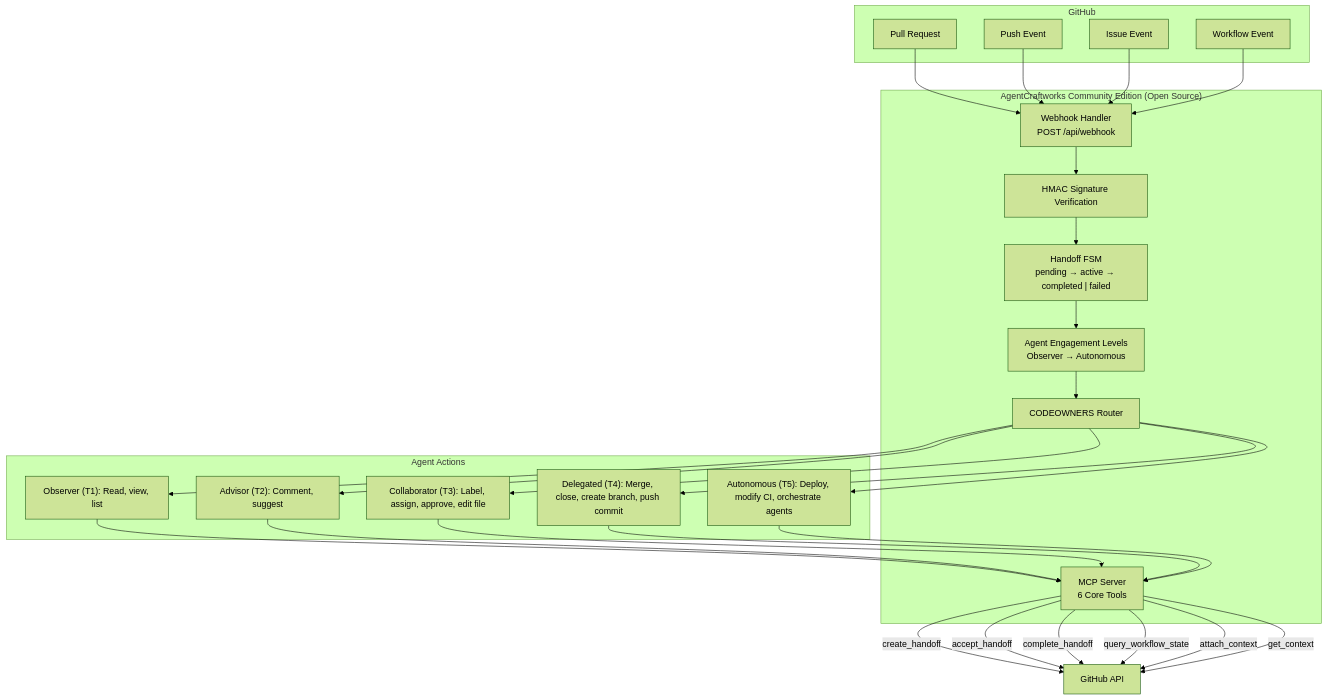
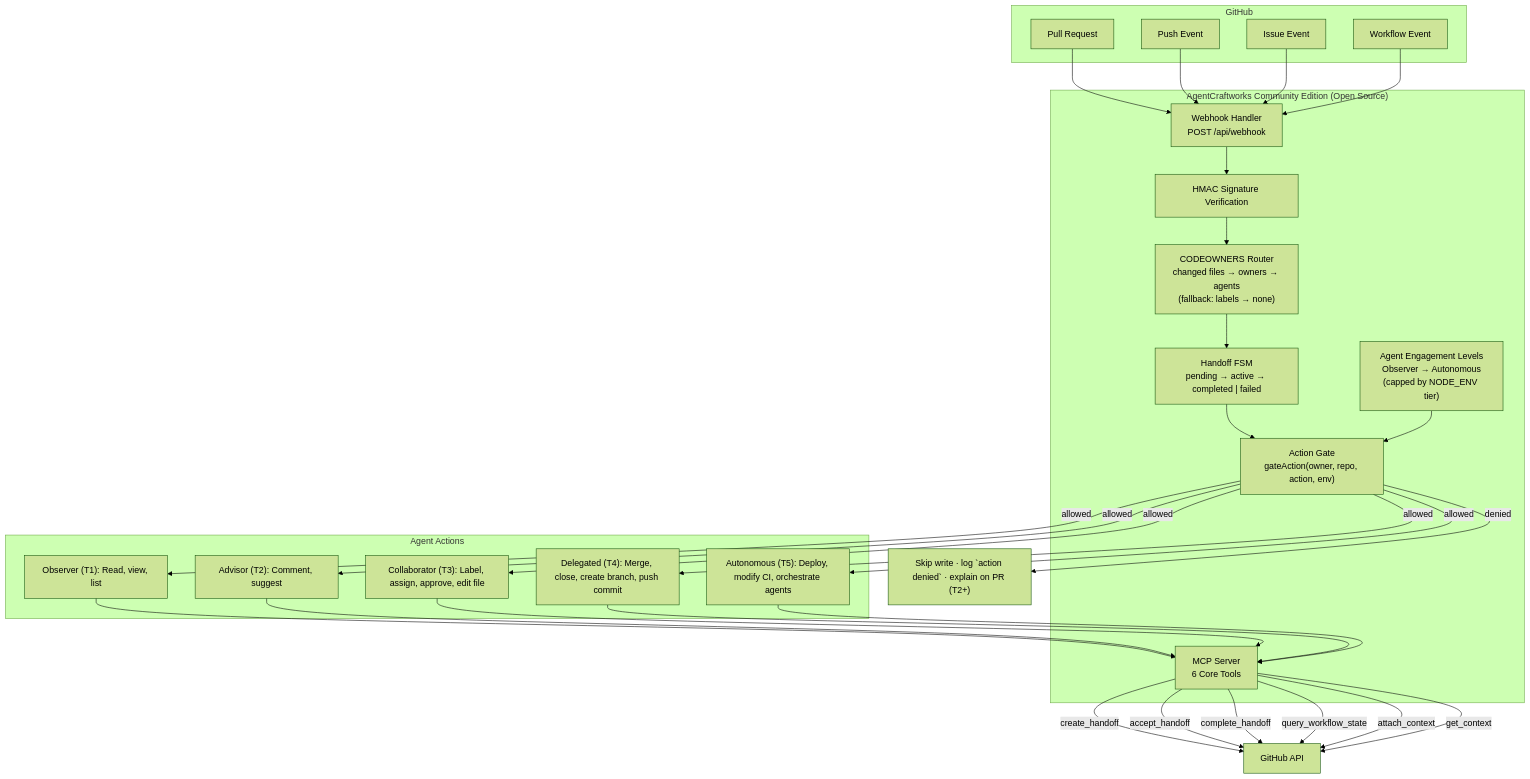
One commit to AgentCraftworks/AgentCraftworks-CE changed the first of 2 diagrams in docs/architecture.md. Above: the diagram before and after it, drawn with Mermaid (forest theme). The commit also changed other lines of this file and 5 other files, not shown here.

First line of the commit message:
feat(routing): wire CODEOWNERS routing and engagement-level action gate into the PR webhook path

````diff
--- a/docs/architecture.md
+++ b/docs/architecture.md
@@ -18,51 +18,54 @@
 ```mermaid
 graph TD
     subgraph GitHub["GitHub"]
         prEvent["Pull Request"]
         pushEvent["Push Event"]
         issueEvent["Issue Event"]
         workflowEvent["Workflow Event"]
     end
 
     subgraph CE["AgentCraftworks Community Edition (Open Source)"]
         webhookHandler["Webhook Handler<br/>POST /api/webhook"]
         signatureVerify["HMAC Signature Verification"]
+        codeownersRouter["CODEOWNERS Router<br/>changed files → owners → agents<br/>(fallback: labels → none)"]
         eventFsm["Handoff FSM<br/>pending → active → completed | failed"]
-        engagementLevels["Agent Engagement Levels<br/>Observer → Autonomous"]
-        codeownersRouter["CODEOWNERS Router"]
+        actionGate["Action Gate<br/>gateAction(owner, repo, action, env)"]
+        engagementLevels["Agent Engagement Levels<br/>Observer → Autonomous<br/>(capped by NODE_ENV tier)"]
         mcpServer["MCP Server<br/>6 Core Tools"]
     end
 
     subgraph Actions["Agent Actions"]
         level1["Observer (T1): Read, view, list"]
         level2["Advisor (T2): Comment, suggest"]
         level3["Collaborator (T3): Label, assign, approve, edit file"]
         level4["Delegated (T4): Merge, close, create branch, push commit"]
         level5["Autonomous (T5): Deploy, modify CI, orchestrate agents"]
     end
 
     prEvent --> webhookHandler
     pushEvent --> webhookHandler
     issueEvent --> webhookHandler
     workflowEvent --> webhookHandler
     webhookHandler --> signatureVerify
-    signatureVerify --> eventFsm
-    eventFsm --> engagementLevels
-    engagementLevels --> codeownersRouter
-    codeownersRouter --> level1
-    codeownersRouter --> level2
-    codeownersRouter --> level3
-    codeownersRouter --> level4
-    codeownersRouter --> level5
+    signatureVerify --> codeownersRouter
+    codeownersRouter --> eventFsm
+    eventFsm --> actionGate
+    engagementLevels --> actionGate
+    actionGate -->|allowed| level1
+    actionGate -->|allowed| level2
+    actionGate -->|allowed| level3
+    actionGate -->|allowed| level4
+    actionGate -->|allowed| level5
+    actionGate -->|denied| denied["Skip write · log `action denied` · explain on PR (T2+)"]
     level1 --> mcpServer
     level2 --> mcpServer
     level3 --> mcpServer
     level4 --> mcpServer
     level5 --> mcpServer
     mcpServer -->|create_handoff| ghApi["GitHub API"]
     mcpServer -->|accept_handoff| ghApi
     mcpServer -->|complete_handoff| ghApi
     mcpServer -->|query_workflow_state| ghApi
     mcpServer -->|attach_context| ghApi
     mcpServer -->|get_context| ghApi
 ```
````
